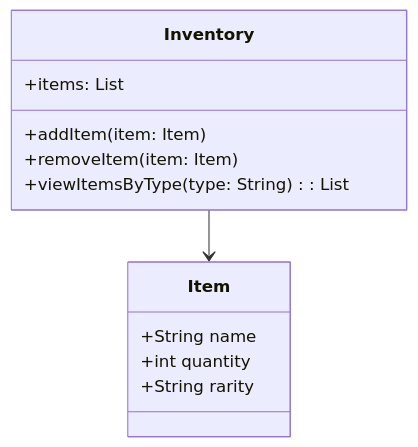
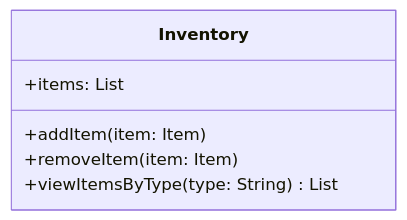
The diagram in Inventory Diagram.mmd (pacalso-jjc/2425-2nd-cc3-1b-rpg), drawn with Mermaid before and after one commit.

Commit message:
Fixed another based on feedback

```diff
--- a/Inventory Diagram.mmd
+++ b/Inventory Diagram.mmd
@@ -1,15 +1,7 @@
 classDiagram
     class Inventory {
+        +items: List<Item>
         +addItem(item: Item)
         +removeItem(item: Item)
-        +viewItemsByType(type: String) : List
-        +items: List<Item>
+        +viewItemsByType(type: String) List
     }
-
-    class Item {
-        +String name
-        +int quantity
-        +String rarity
-    }
-
-    Inventory --> Item
```
